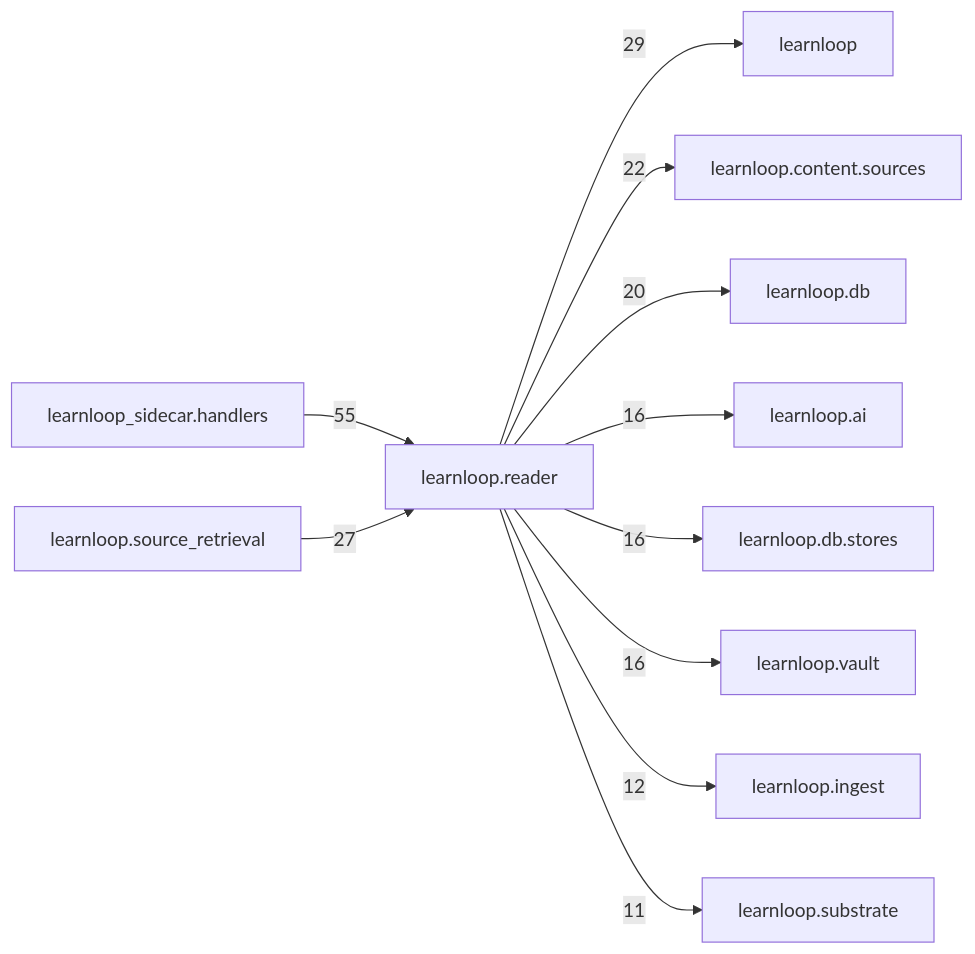
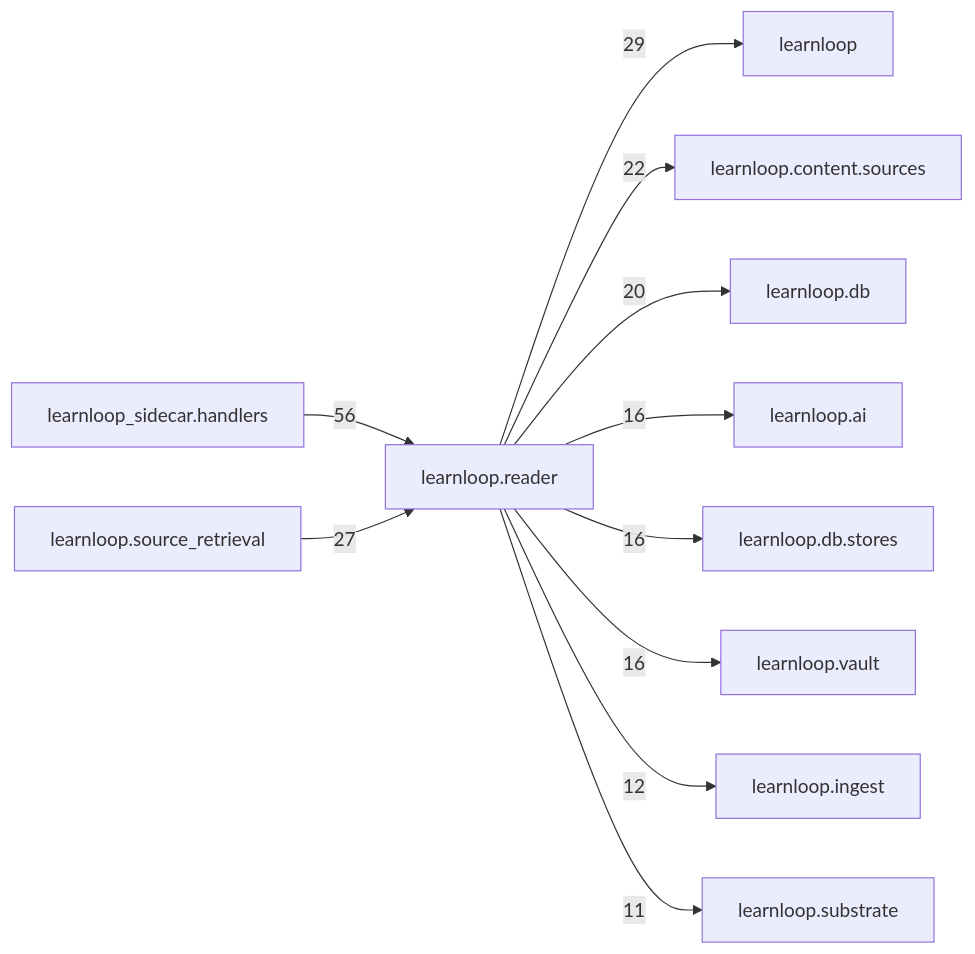
Before and after one commit to 6up-b/learnanything: the diagram in docs/learnloop-architecture-vault/Reference/Modules/learnloop/reader/_package.md, drawn with Mermaid. The commit also changed other lines of this file and 67 other files, not shown here.

````diff
--- a/docs/learnloop-architecture-vault/Reference/Modules/learnloop/reader/_package.md
+++ b/docs/learnloop-architecture-vault/Reference/Modules/learnloop/reader/_package.md
@@ -162,24 +162,24 @@
 ```mermaid
 flowchart LR
     center["learnloop.reader"]
     n_learnloop_sidecar_handlers["learnloop_sidecar.handlers"]
     n_learnloop["learnloop"]
     n_learnloop_source_retrieval["learnloop.source_retrieval"]
     n_learnloop_content_sources["learnloop.content.sources"]
     n_learnloop_db["learnloop.db"]
     n_learnloop_ai["learnloop.ai"]
     n_learnloop_db_stores["learnloop.db.stores"]
     n_learnloop_vault["learnloop.vault"]
     n_learnloop_ingest["learnloop.ingest"]
     n_learnloop_substrate["learnloop.substrate"]
-    n_learnloop_sidecar_handlers -->|55| center
+    n_learnloop_sidecar_handlers -->|56| center
     center -->|29| n_learnloop
     n_learnloop_source_retrieval -->|27| center
     center -->|22| n_learnloop_content_sources
     center -->|20| n_learnloop_db
     center -->|16| n_learnloop_ai
     center -->|16| n_learnloop_db_stores
     center -->|16| n_learnloop_vault
     center -->|12| n_learnloop_ingest
     center -->|11| n_learnloop_substrate
 ```
````
